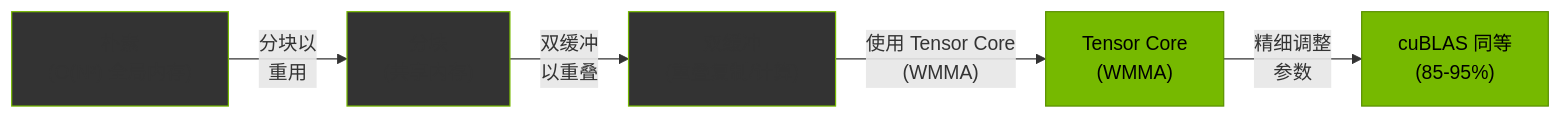
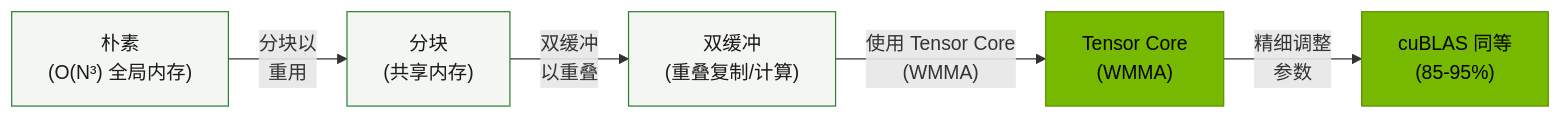
Before and after one commit to LessUp/modern-ai-kernels: the second of 5 diagrams in docs/zh/architecture.md, drawn with Mermaid. The commit also changed other lines of this file and 48 other files, not shown here.

````diff
--- a/docs/zh/architecture.md
+++ b/docs/zh/architecture.md
@@ -109,19 +109,19 @@
 ```mermaid
 flowchart LR
     A["朴素<br/>(O(N³) 全局内存)"]
     B["分块<br/>(共享内存)"]
     C["双缓冲<br/>(重叠复制/计算)"]
     D["Tensor Core<br/>(WMMA)"]
     E["cuBLAS 同等<br/>(85-95%)"]
 
     A -->|"分块以<br/>重用"| B
     B -->|"双缓冲<br/>以重叠"| C
     C -->|"使用 Tensor Core<br/>(WMMA)"| D
     D -->|"精细调整<br/>参数"| E
 
-    style A fill:#333,stroke:#76B900
-    style B fill:#333,stroke:#76B900
-    style C fill:#333,stroke:#76B900
-    style D fill:#76B900,stroke:#5a9100,color:#000
-    style E fill:#76B900,stroke:#5a9100,color:#000
+    style A fill:#F4F7F1,stroke:#2E7D32,color:#1A1A1A
+    style B fill:#F4F7F1,stroke:#2E7D32,color:#1A1A1A
+    style C fill:#F4F7F1,stroke:#2E7D32,color:#1A1A1A
+    style D fill:#76B900,stroke:#5A9100,color:#000
+    style E fill:#76B900,stroke:#5A9100,color:#000
 ```
````
